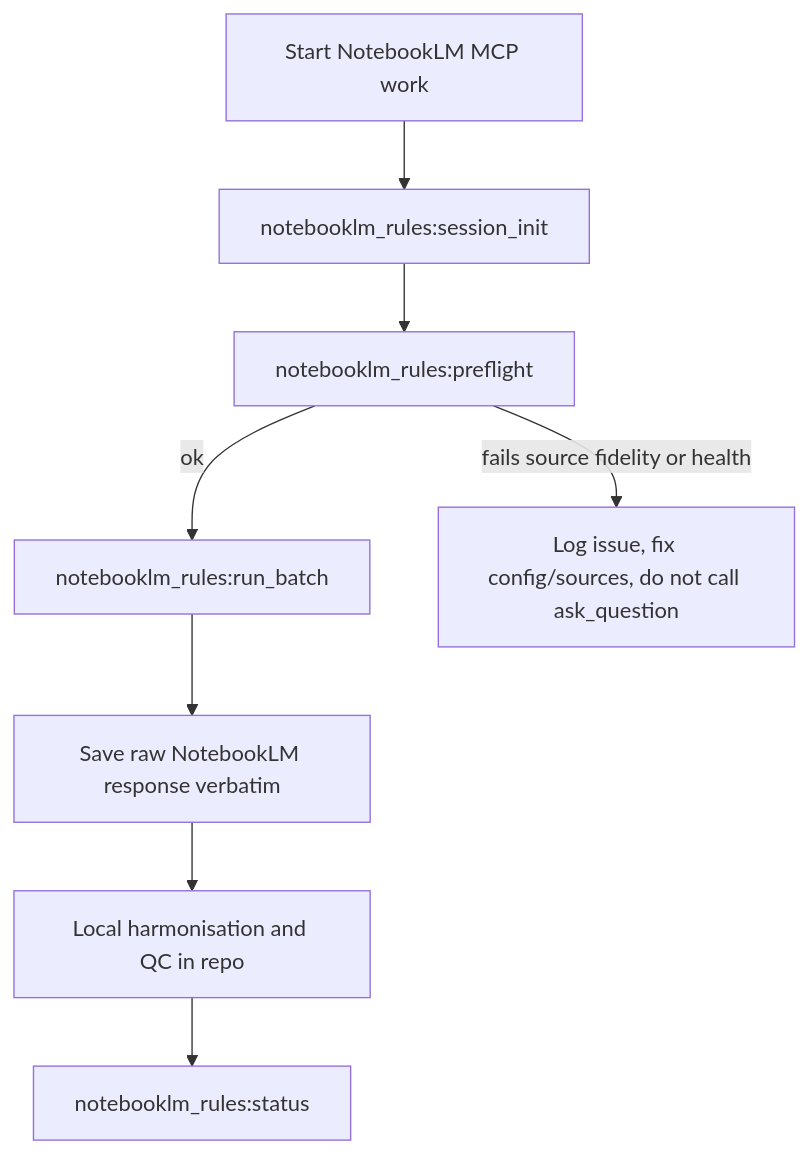
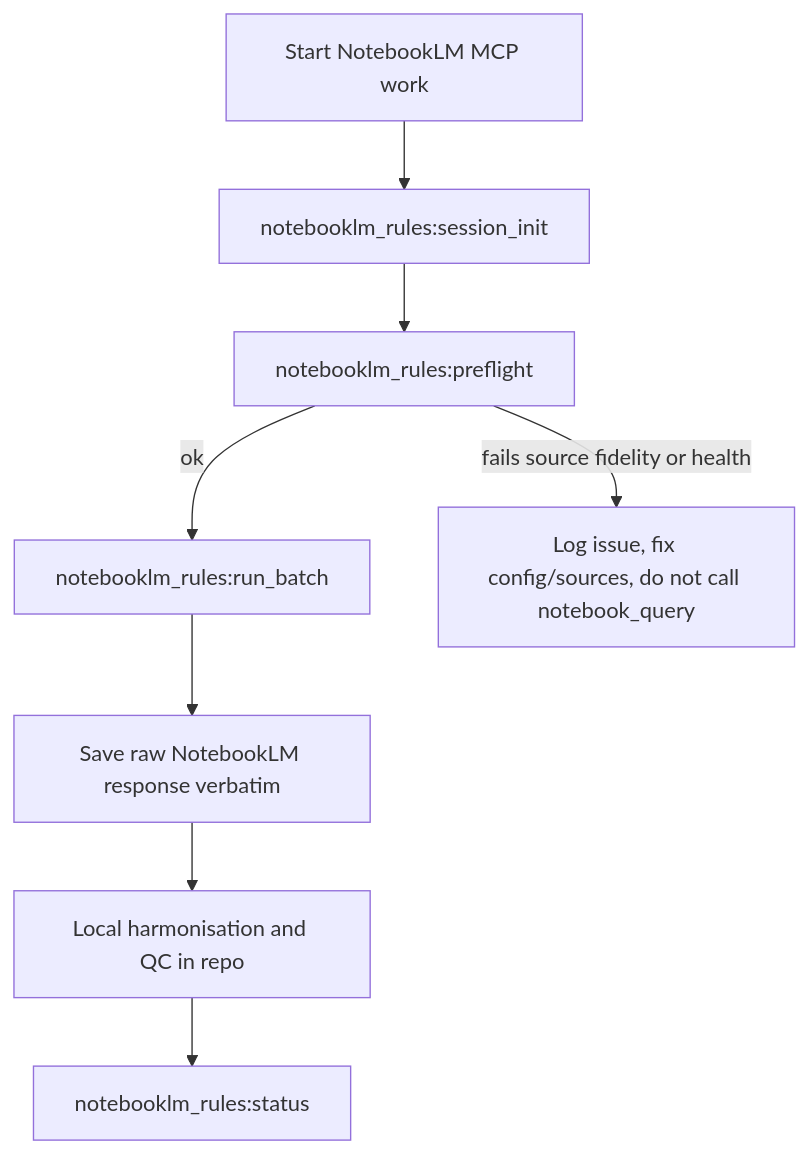
The diagram in .agents/skills/notebooklm-rules/SKILL.md (Bossax/arun-creagy), drawn with Mermaid before and after one commit. The commit also changed other lines of this file and 5 other files, not shown here.

````diff
--- a/.agents/skills/notebooklm-rules/SKILL.md
+++ b/.agents/skills/notebooklm-rules/SKILL.md
@@ -195,10 +202,10 @@
 ```mermaid
 flowchart TD
   Start[Start NotebookLM MCP work] --> Init[notebooklm_rules:session_init]
   Init --> Preflight[notebooklm_rules:preflight]
   Preflight -->|ok| Run[notebooklm_rules:run_batch]
-  Preflight -->|fails source fidelity or health| Abort[Log issue, fix config/sources, do not call ask_question]
+  Preflight -->|fails source fidelity or health| Abort[Log issue, fix config/sources, do not call notebook_query]
   Run --> Save[Save raw NotebookLM response verbatim]
   Save --> Local[Local harmonisation and QC in repo]
   Local --> Status[notebooklm_rules:status]
 ```
````
